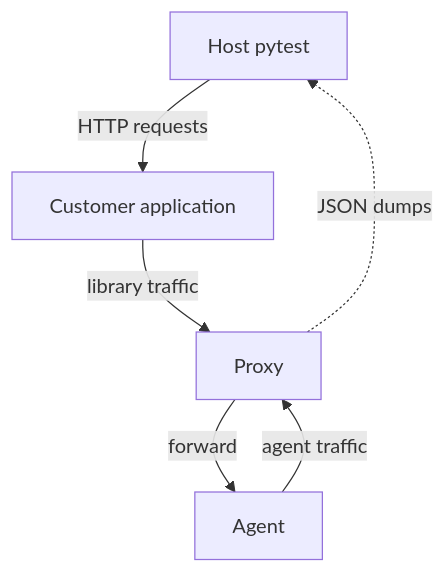
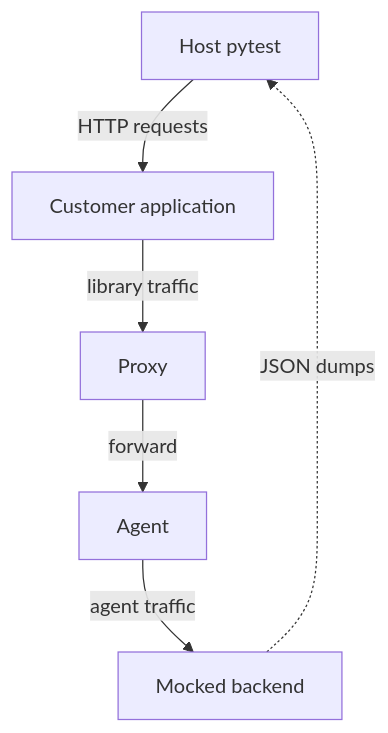
One commit to DataDog/system-tests changed the first of 2 diagrams in docs/understand/architecture.md. Above: the diagram before and after it, drawn with Mermaid. The commit also changed other lines of this file and 10 other files, not shown here.

````diff
--- a/docs/understand/architecture.md
+++ b/docs/understand/architecture.md
@@ -35,8 +37,8 @@
 ```mermaid
 flowchart TD
     HOST[Host pytest] -->|HTTP requests| WEBLOG
     WEBLOG[Customer application] -->|library traffic| PROXY
     PROXY[Proxy] -->|forward| AGENT
-    AGENT[Agent] -->|agent traffic| PROXY
-    PROXY -.->|JSON dumps| HOST
+    AGENT[Agent] -->|agent traffic| MOCKED_BACKEND
+    MOCKED_BACKEND[Mocked backend] -.->|JSON dumps| HOST
 ```
````
